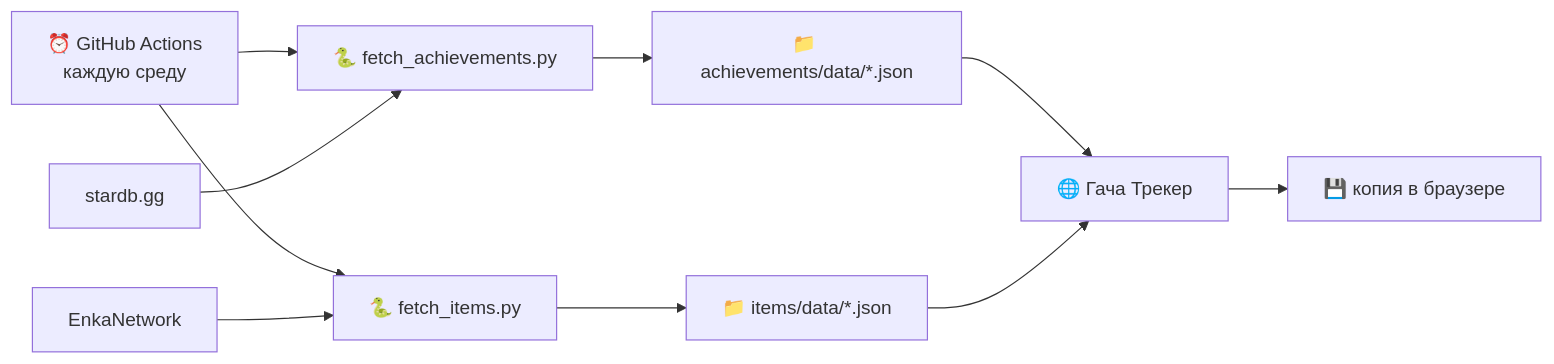
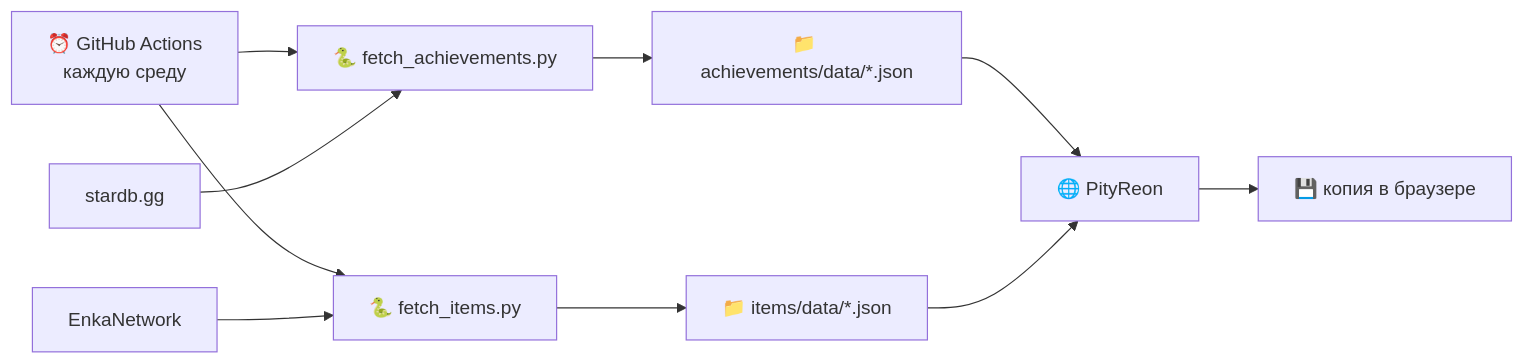
Before and after one commit to hexareondev/Gacha-Tracker: the diagram in README.md, drawn with Mermaid. The commit also changed other lines of this file and 12 other files, not shown here.

First line of the commit message:
PityReon: новое название и иконка

````diff
--- a/README.md
+++ b/README.md
@@ -204,12 +204,12 @@
 ```mermaid
 flowchart LR
     A["⏰ GitHub Actions<br/>каждую среду"] --> B["🐍 fetch_achievements.py"]
     C["stardb.gg"] --> B
     B --> D["📁 achievements/data/*.json"]
-    D --> E["🌐 Гача Трекер"]
+    D --> E["🌐 PityReon"]
     A --> G["🐍 fetch_items.py"]
     H["EnkaNetwork"] --> G
     G --> I["📁 items/data/*.json"]
     I --> E
     E --> F["💾 копия в браузере"]
 ```
````
